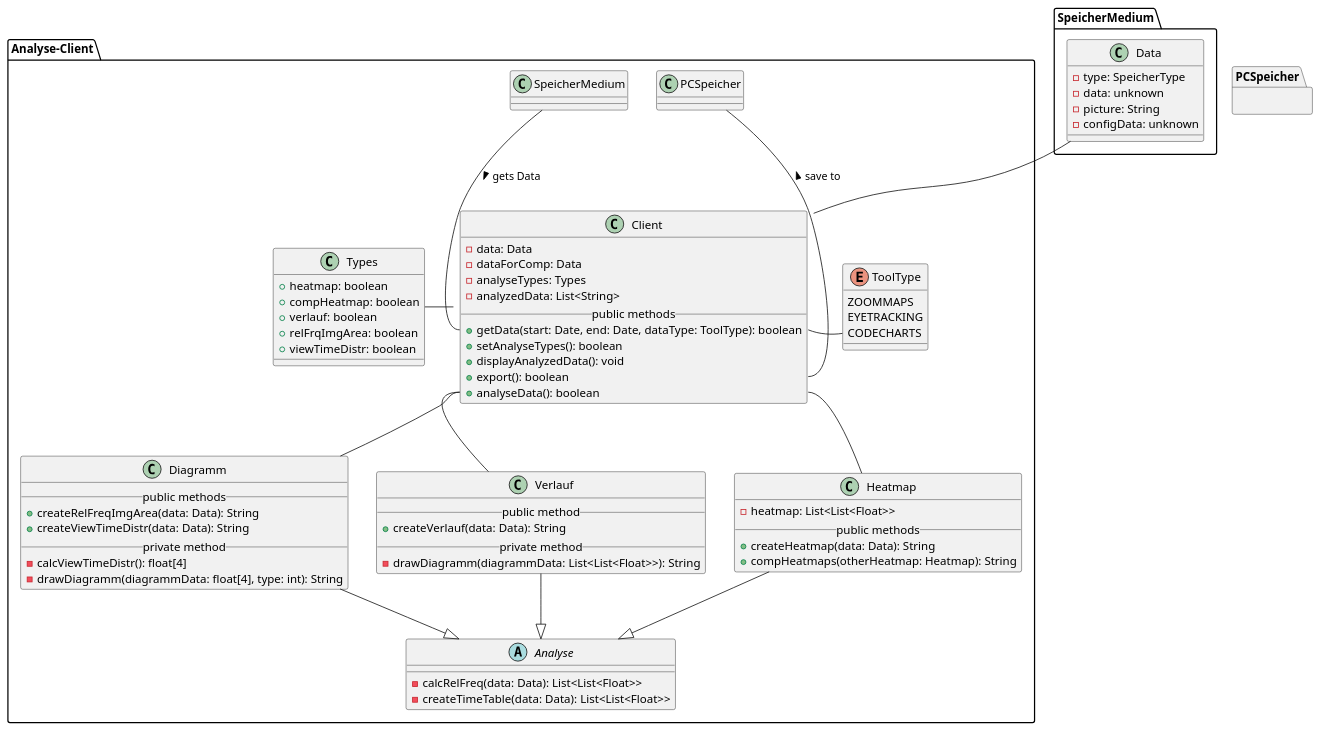
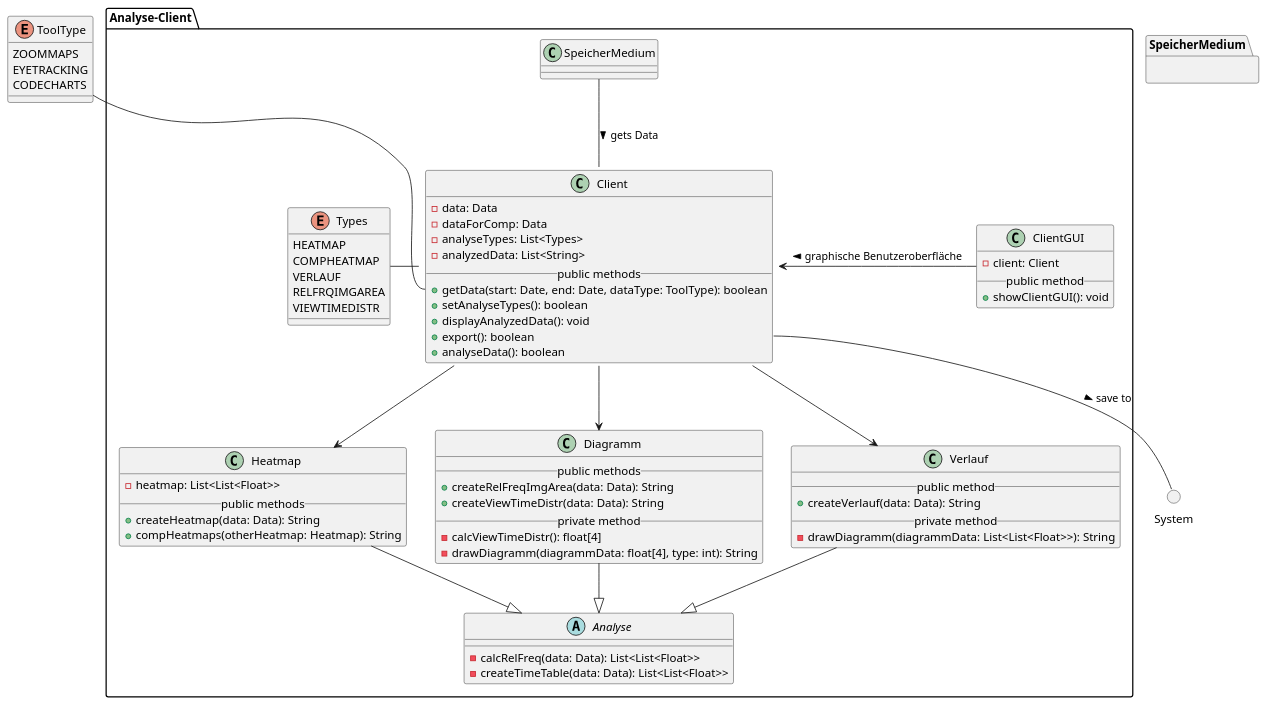
One commit to weichware10/meilensteine changed the diagram in meilenstein_03/uml-analyse-client/analyseclient.puml. Above: the diagram before and after it, drawn with PlantUML.

Commit message:
Änderungen Meeting

```diff
--- a/meilenstein_03/uml-analyse-client/analyseclient.puml
+++ b/meilenstein_03/uml-analyse-client/analyseclient.puml
@@ -1,105 +1,100 @@
 @startuml analyseclient
 
 ' === ANALYSE CLIENT ===
 package Analyse-Client{
   
   ' Client
   class Client {
     - data: Data
     - dataForComp: Data
-    - analyseTypes: Types
+    - analyseTypes: List<Types>
     - analyzedData: List<String>
     __public methods__
     + getData(start: Date, end: Date, dataType: ToolType): boolean
     + setAnalyseTypes(): boolean
     + displayAnalyzedData(): void
     + export(): boolean
     + analyseData(): boolean
   }
 
   ' Analyse
   abstract Analyse {
     - calcRelFreq(data: Data): List<List<Float>>
     - createTimeTable(data: Data): List<List<Float>>
   }
 
   ' Heatmap
   class Heatmap {
     - heatmap: List<List<Float>>
     __public methods__
     + createHeatmap(data: Data): String
     + compHeatmaps(otherHeatmap: Heatmap): String
   }
 
   ' Verlauf
   class Verlauf {
     __public method__
     + createVerlauf(data: Data): String
     __private method__
     - drawDiagramm(diagrammData: List<List<Float>>): String
   }
 
   ' Diagramm
   class Diagramm {
     __public methods__
     + createRelFreqImgArea(data: Data): String
     + createViewTimeDistr(data: Data): String
     __private method__
     - calcViewTimeDistr(): float[4]
     - drawDiagramm(diagrammData: float[4], type: int): String
   }
 
   ' Types
-  class Types {
-    + heatmap: boolean
-    + compHeatmap: boolean
-    + verlauf: boolean
-    + relFrqImgArea: boolean
-    + viewTimeDistr: boolean
+  enum Types {
+    HEATMAP
+    COMPHEATMAP
+    VERLAUF
+    RELFRQIMGAREA
+    VIEWTIMEDISTR
   }
 
-  ' Typen der erhobenen Daten
-  enum ToolType {
-    ZOOMMAPS
-    EYETRACKING
-    CODECHARTS
+  ' ClientGUI
+  class ClientGUI {
+    - client: Client
+    __public method__
+    + showClientGUI(): void
   }
 
   ' Vererbung
   Analyse <|-u- Heatmap
   Analyse <|-u- Verlauf
   Analyse <|-u- Diagramm
 
   ' Interaktionen
-  Client::getData -r- ToolType
-  Client::analyseData -d- Heatmap 
-  Client::analyseData -d- Verlauf
-  Client::analyseData -d- Diagramm
+  Client -d-> Heatmap 
+  Client -d-> Verlauf
+  Client -d-> Diagramm
   Client -l- Types
+  Client <-r- ClientGUI : < graphische Benutzeroberfläche
 
   ' Andere Module
-  Client::getData -u- SpeicherMedium : < gets Data
-  Client::export -u- PCSpeicher : > save to
+  Client -u- SpeicherMedium : < gets Data
+}
 
+' Typen der erhobenen Daten
+enum ToolType {
+  ZOOMMAPS
+  EYETRACKING
+  CODECHARTS
 }
 
 ' Blackbox
+package SpeicherMedium {}
 
-package PCSpeicher {}
-
-package SpeicherMedium {
-  
-  ' Data
-  class Data {
-    - type: SpeicherType
-    - data: unknown
-    - picture: String
-    - configData: unknown
-  }
-}
+() System
 
 ' Interaktionen
-Client -u- Data
-
+Client::getData -u- ToolType
+Client::export -- System: > save to 
 
 @enduml
```
